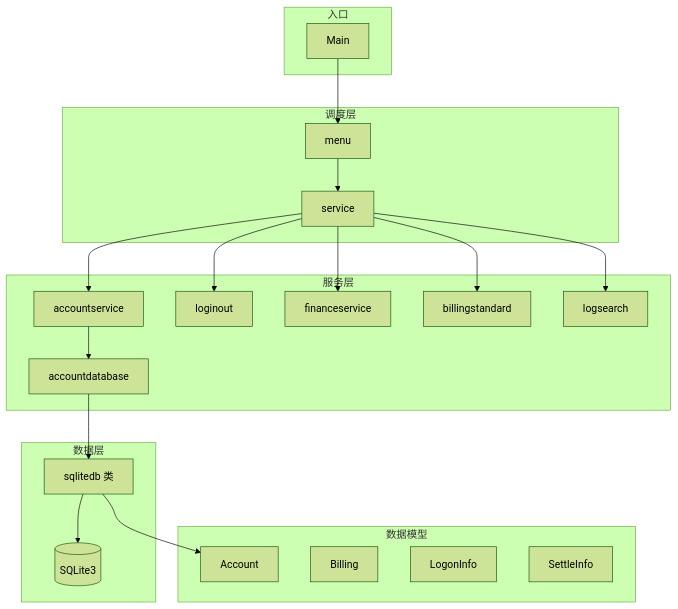
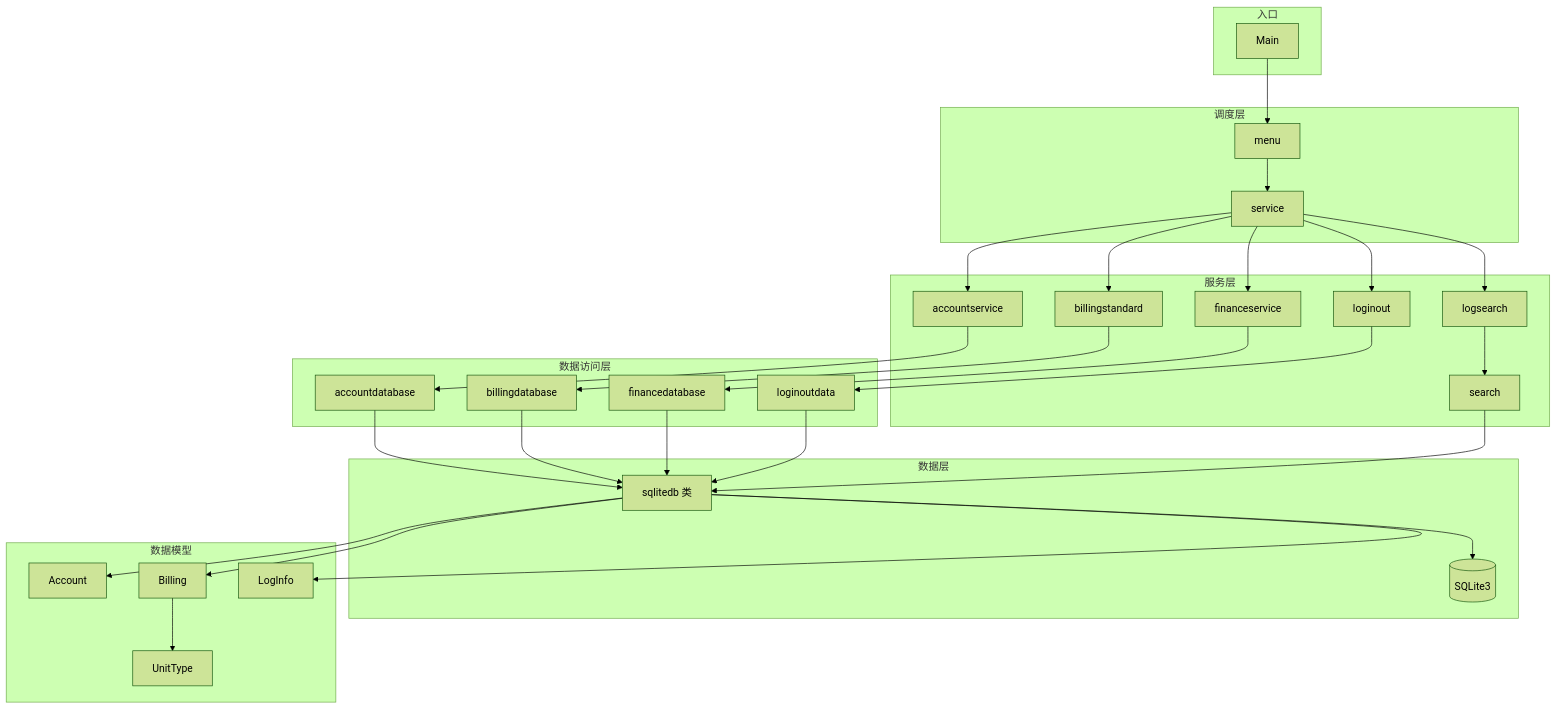
Before and after one commit to bihongcue876/billingmanagesystem: the third of 3 diagrams in README.md, drawn with Mermaid (forest theme). The commit also changed other lines of this file and 3 other files, not shown here.

````diff
--- a/README.md
+++ b/README.md
@@ -145,44 +153,62 @@
 ```mermaid
 flowchart TB
     subgraph 数据层
         DB[(SQLite3)]
         sqlitedb[sqlitedb 类]
     end
 
     subgraph 数据模型
         Account[Account]
         Billing[Billing]
-        LogonInfo[LogonInfo]
-        SettleInfo[SettleInfo]
+        LogInfo[LogInfo]
+        UnitType[UnitType]
+    end
+
+    subgraph 数据访问层
+        accountdb[accountdatabase]
+        billingdb[billingdatabase]
+        financedb[financedatabase]
+        loginoutdata[loginoutdata]
     end
 
     subgraph 服务层
-        accountdb[accountdatabase]
         accountsvc[accountservice]
         loginout[loginout]
         finance[financeservice]
         billing[billingstandard]
         logsearch[logsearch]
+        search[search]
     end
 
     subgraph 调度层
         service[service]
         menu[menu]
     end
 
     subgraph 入口
         Main[Main]
     end
 
     Main --> menu
     menu --> service
     service --> accountsvc
     service --> loginout
     service --> billing
     service --> finance
     service --> logsearch
     accountsvc --> accountdb
     accountdb --> sqlitedb
+    billing --> billingdb
+    billingdb --> sqlitedb
+    finance --> financedb
+    financedb --> sqlitedb
+    loginout --> loginoutdata
+    loginoutdata --> sqlitedb
+    logsearch --> search
+    search --> sqlitedb
     sqlitedb --> DB
     sqlitedb --> Account
+    sqlitedb --> Billing
+    sqlitedb --> LogInfo
+    Billing --> UnitType
 ```
````
